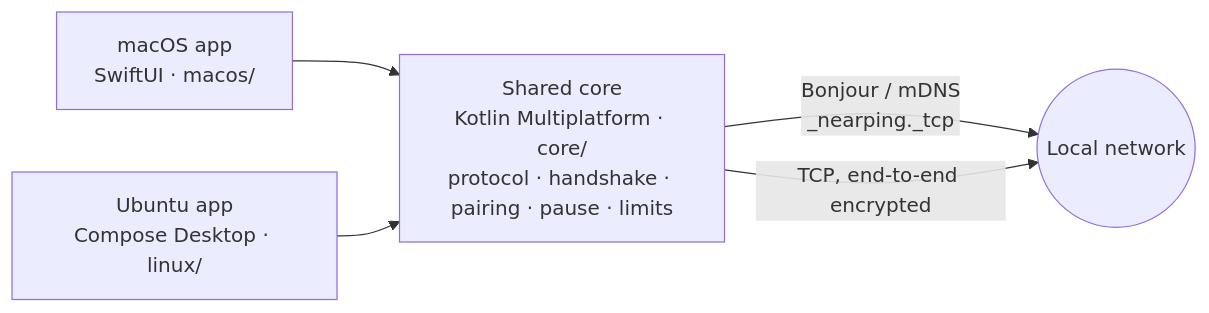
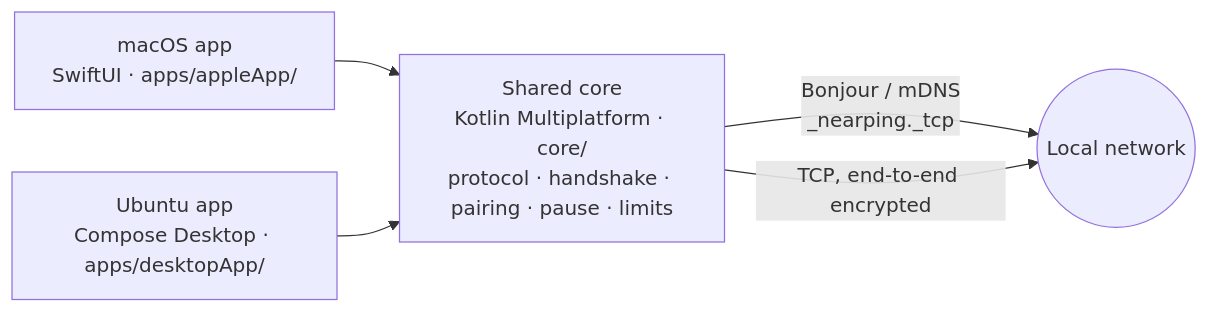
The diagram in README.md (Disspear574/NearPing), drawn with Mermaid before and after one commit. The commit also changed other lines of this file and 70 other files, not shown here.

First line of the commit message:
refactor: put the clients under apps and the Swift code in a package

````diff
--- a/README.md
+++ b/README.md
@@ -90,8 +90,8 @@
 ```mermaid
 flowchart LR
-    Mac["macOS app<br/>SwiftUI · macos/"] --> Core
-    Linux["Ubuntu app<br/>Compose Desktop · linux/"] --> Core
+    Mac["macOS app<br/>SwiftUI · apps/appleApp/"] --> Core
+    Linux["Ubuntu app<br/>Compose Desktop · apps/desktopApp/"] --> Core
     Core["Shared core<br/>Kotlin Multiplatform · core/<br/>protocol · handshake · pairing · pause · limits"]
     Core -- "Bonjour / mDNS<br/>_nearping._tcp" --> LAN((Local network))
     Core -- "TCP, end-to-end encrypted" --> LAN
 ```
````
